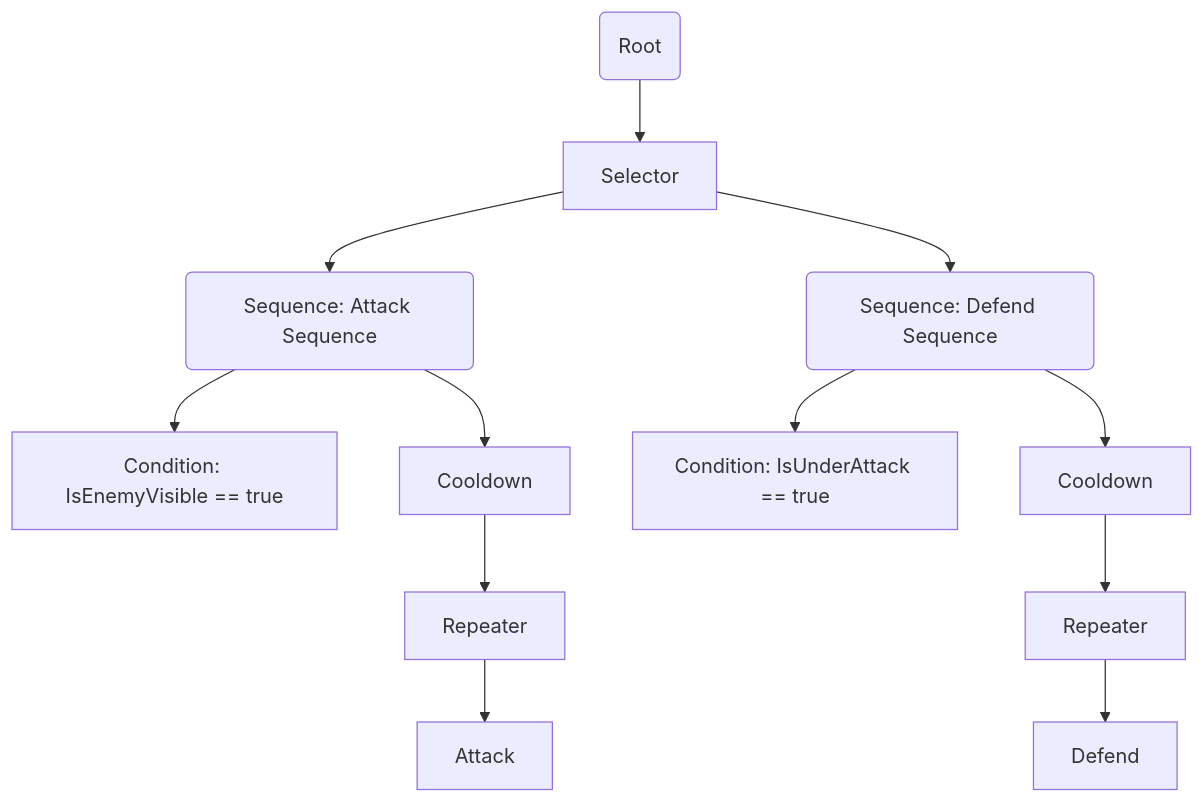
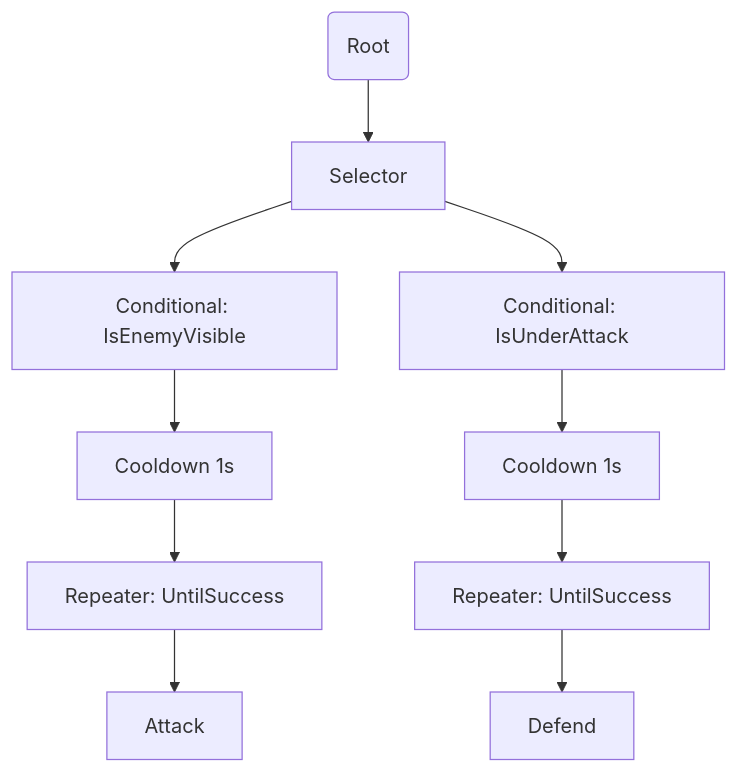
The diagram in README.md (grovegs/BehaviourTree), drawn with Mermaid before and after one commit. The commit also changed other lines of this file, not shown here.

````diff
--- a/README.md
+++ b/README.md
@@ -58,16 +169,13 @@
 ```mermaid
 graph TD
     Root(Root) --> Selector
-    Selector --> AttackSequence(Sequence: Attack Sequence)
-    Selector --> DefendSequence(Sequence: Defend Sequence)
-    
-    AttackSequence --> Condition1[Condition: IsEnemyVisible == true]
-    AttackSequence --> Cooldown1[Cooldown]
-    Cooldown1 --> Repeater1[Repeater]
+    Selector --> Conditional1[Conditional: IsEnemyVisible]
+    Conditional1 --> Cooldown1[Cooldown 1s]
+    Cooldown1 --> Repeater1[Repeater: UntilSuccess]
     Repeater1 --> Attack[Attack]
 
-    DefendSequence --> Condition2[Condition: IsUnderAttack == true]
-    DefendSequence --> Cooldown2[Cooldown]
-    Cooldown2 --> Repeater2[Repeater]
+    Selector --> Conditional2[Conditional: IsUnderAttack]
+    Conditional2 --> Cooldown2[Cooldown 1s]
+    Cooldown2 --> Repeater2[Repeater: UntilSuccess]
     Repeater2 --> Defend[Defend]
 ```
````
